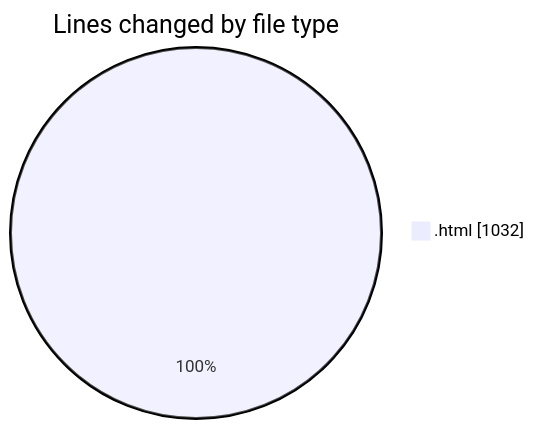
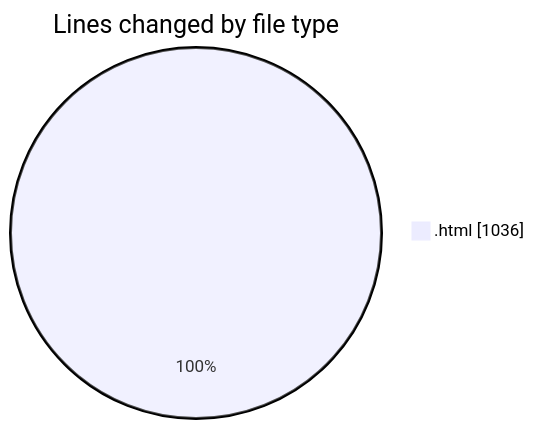
One commit to vahidmafi/code-tracking changed the first of 2 diagrams in 2025-04-17/horizon/README.md. Above: the diagram before and after it, drawn with Mermaid. The commit also changed other lines of this file and 1 other file, not shown here.

````diff
--- a/2025-04-17/horizon/README.md
+++ b/2025-04-17/horizon/README.md
@@ -21,5 +21,5 @@
 ```mermaid
 pie showData
 title Lines changed by file type
-".html" : 1032
+".html" : 1036
 ```
````
